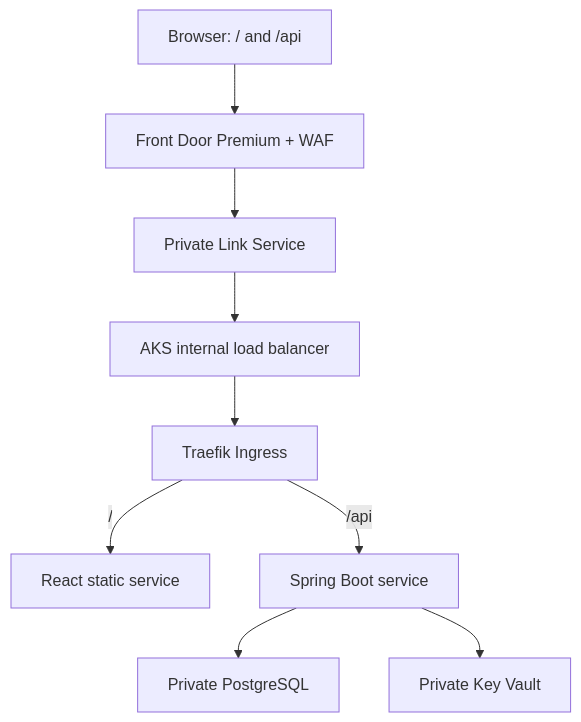
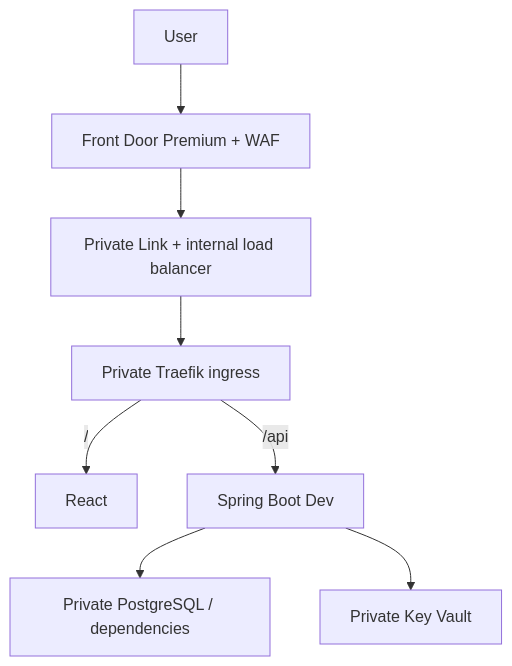
The diagram in docs/00-lab-plan.md (anuragdchowdhury/ci-cd-project), drawn with Mermaid before and after one commit. The commit also changed other lines of this file and 12 other files, not shown here.

Commit message:
Fit Dev-only AKS foundation to Central India Compute quota

````diff
--- a/docs/00-lab-plan.md
+++ b/docs/00-lab-plan.md
@@ -19,11 +23,10 @@
 ```mermaid
 flowchart TD
-  B["Browser: / and /api"] --> F["Front Door Premium + WAF"]
-  F --> P["Private Link Service"]
-  P --> L["AKS internal load balancer"]
-  L --> I["Traefik Ingress"]
-  I -->|"/"| R["React static service"]
-  I -->|"/api"| S["Spring Boot service"]
-  S --> D["Private PostgreSQL"]
-  S --> K["Private Key Vault"]
+  U["User"] --> F["Front Door Premium + WAF"]
+  F --> P["Private Link + internal load balancer"]
+  P --> I["Private Traefik ingress"]
+  I -->|"/"| R["React"]
+  I -->|"/api"| A["Spring Boot Dev"]
+  A --> D["Private PostgreSQL / dependencies"]
+  A --> K["Private Key Vault"]
 ```
````
